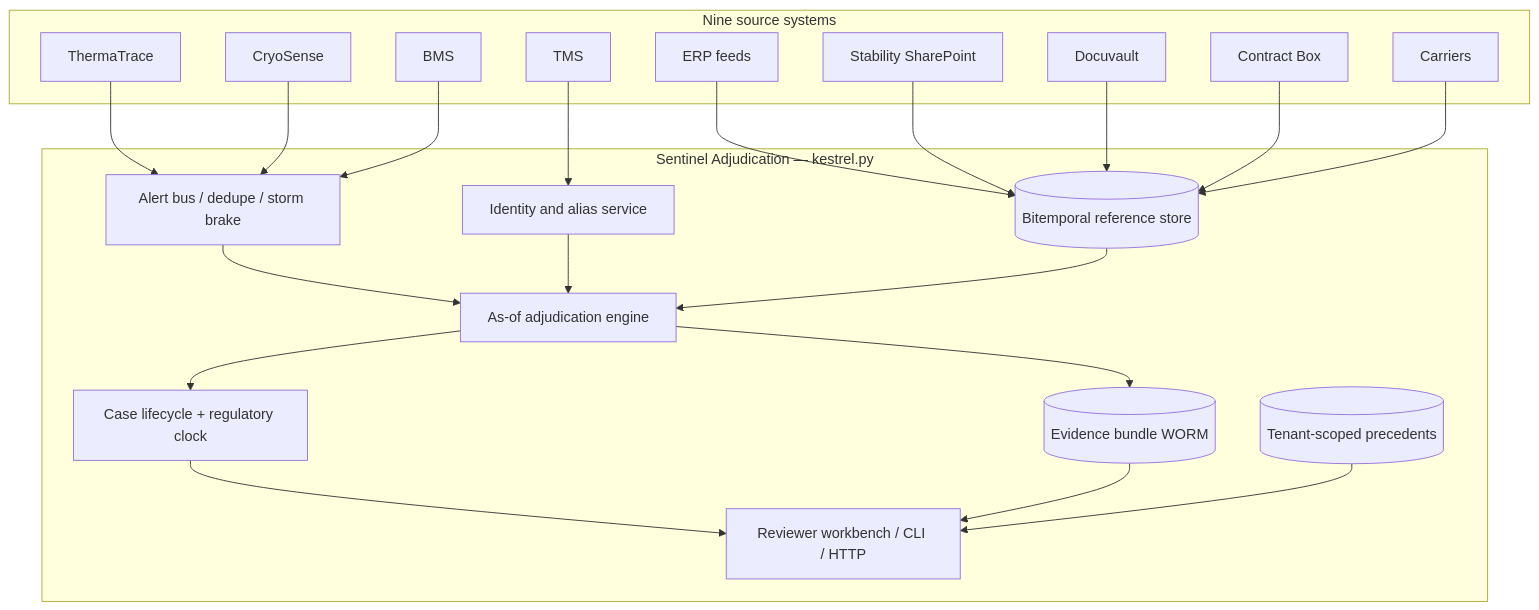
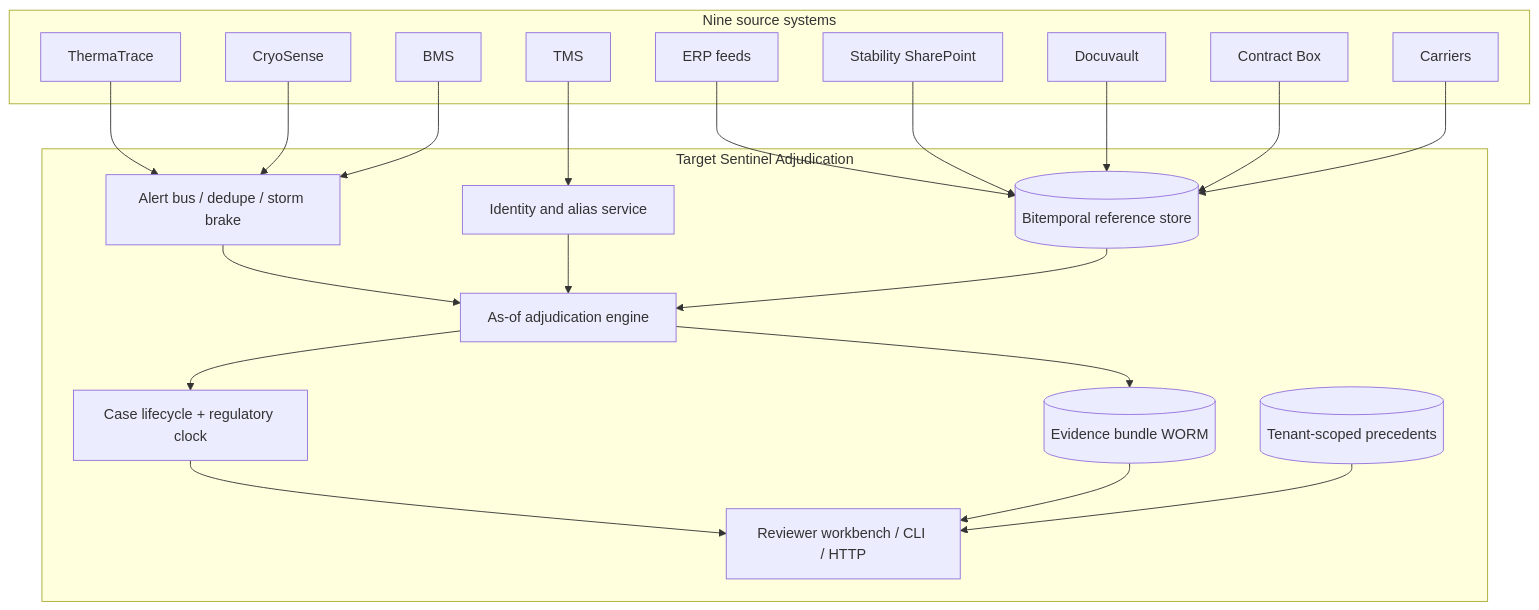
One commit to Zulfiqar7862/kestrel-adjudication-case-study changed the second of 6 diagrams in docs/case-study.md. Above: the diagram before and after it, drawn with Mermaid. The commit also changed other lines of this file and 31 other files, not shown here.

````diff
--- a/docs/case-study.md
+++ b/docs/case-study.md
@@ -394,38 +244,38 @@
 ```mermaid
 flowchart TB
   subgraph sources [Nine source systems]
     S1[ThermaTrace]
     S2[CryoSense]
     S3[BMS]
     S4[TMS]
     S5[ERP feeds]
     S6[Stability SharePoint]
     S7[Docuvault]
     S8[Contract Box]
     S9[Carriers]
   end
 
-  subgraph core [Sentinel Adjudication — kestrel.py]
+  subgraph core [Target Sentinel Adjudication]
     A[Alert bus / dedupe / storm brake]
     I[Identity and alias service]
     R[(Bitemporal reference store)]
     E[As-of adjudication engine]
     C[Case lifecycle + regulatory clock]
     V[(Evidence bundle WORM)]
     P[(Tenant-scoped precedents)]
     W[Reviewer workbench / CLI / HTTP]
   end
 
   S1 & S2 & S3 --> A
   S4 --> I
   S5 & S6 & S7 & S8 --> R
   S9 --> R
   A --> E
   I --> E
   R --> E
   E --> C
   E --> V
   C --> W
   V --> W
   P --> W
 ```
````
